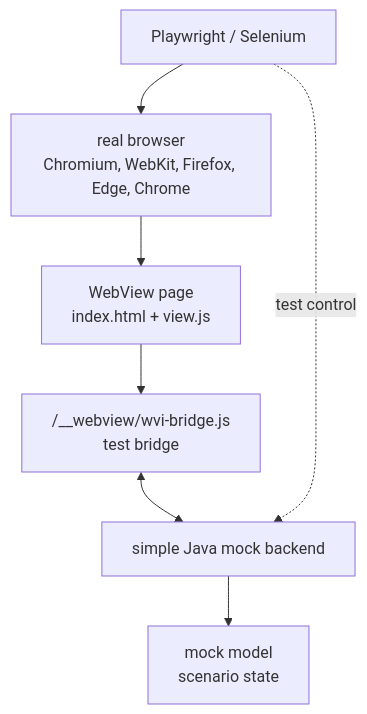
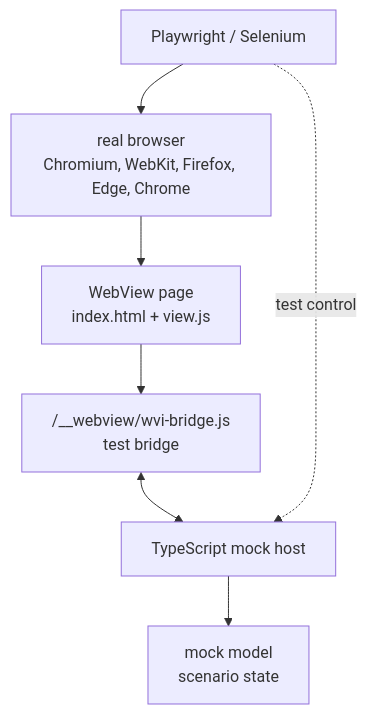
One commit to JetBrains/intellij-community changed the first of 5 diagrams in plugins/ui.webview/docs/frontend/WebView-Frontend-Testability.md. Above: the diagram before and after it, drawn with Mermaid. The commit also changed other lines of this file and 3 other files, not shown here.

````diff
--- a/plugins/ui.webview/docs/frontend/WebView-Frontend-Testability.md
+++ b/plugins/ui.webview/docs/frontend/WebView-Frontend-Testability.md
@@ -21,16 +21,16 @@
 ```mermaid
 flowchart TD
   TestRunner["Playwright / Selenium"]
   Browser["real browser\nChromium, WebKit, Firefox, Edge, Chrome"]
   View["WebView page\nindex.html + view.js"]
   Bridge["/__webview/wvi-bridge.js\ntest bridge"]
-  Backend["simple Java mock backend"]
+  Backend["TypeScript mock host"]
   Model["mock model\nscenario state"]
 
   TestRunner --> Browser
   Browser --> View
   View --> Bridge
   Bridge <--> Backend
   Backend --> Model
   TestRunner -. test control .-> Backend
 ```
````
